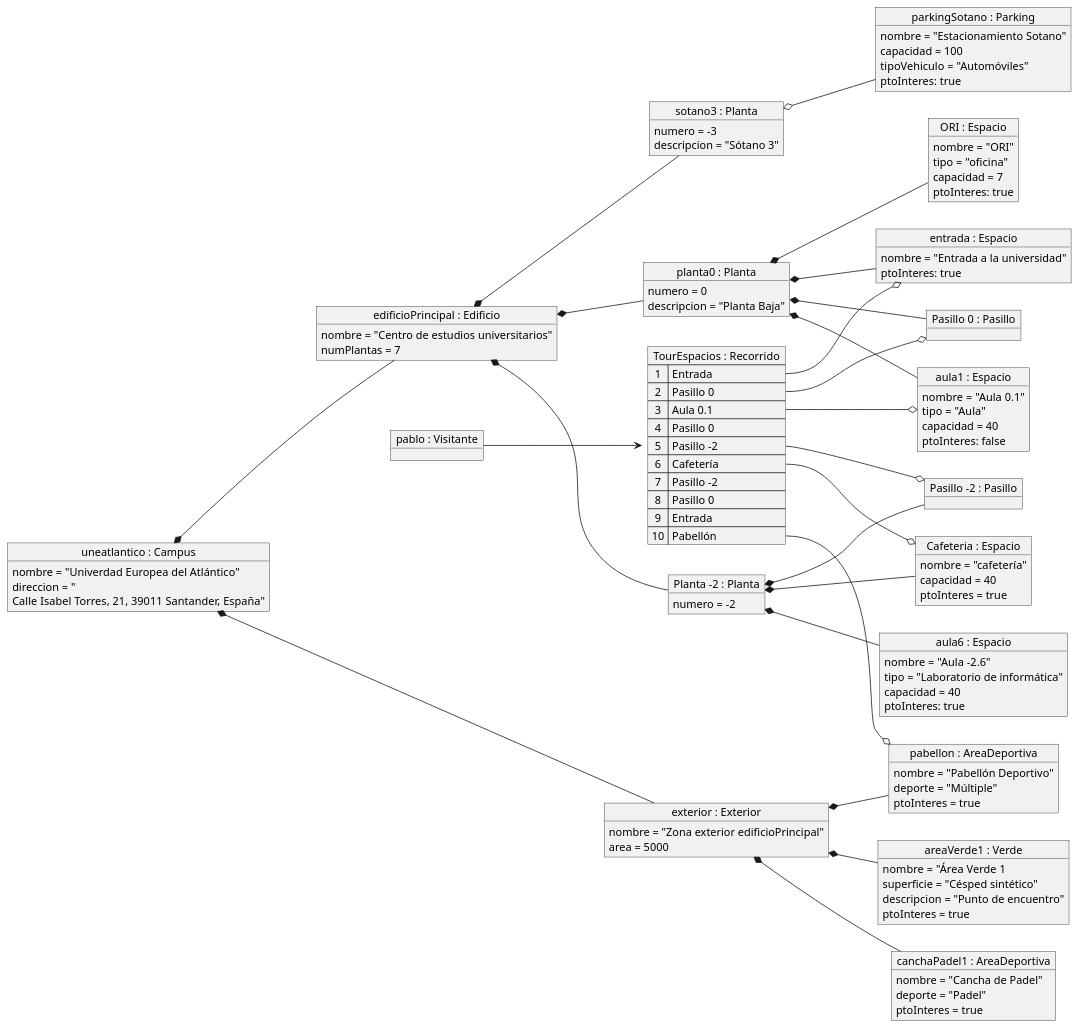
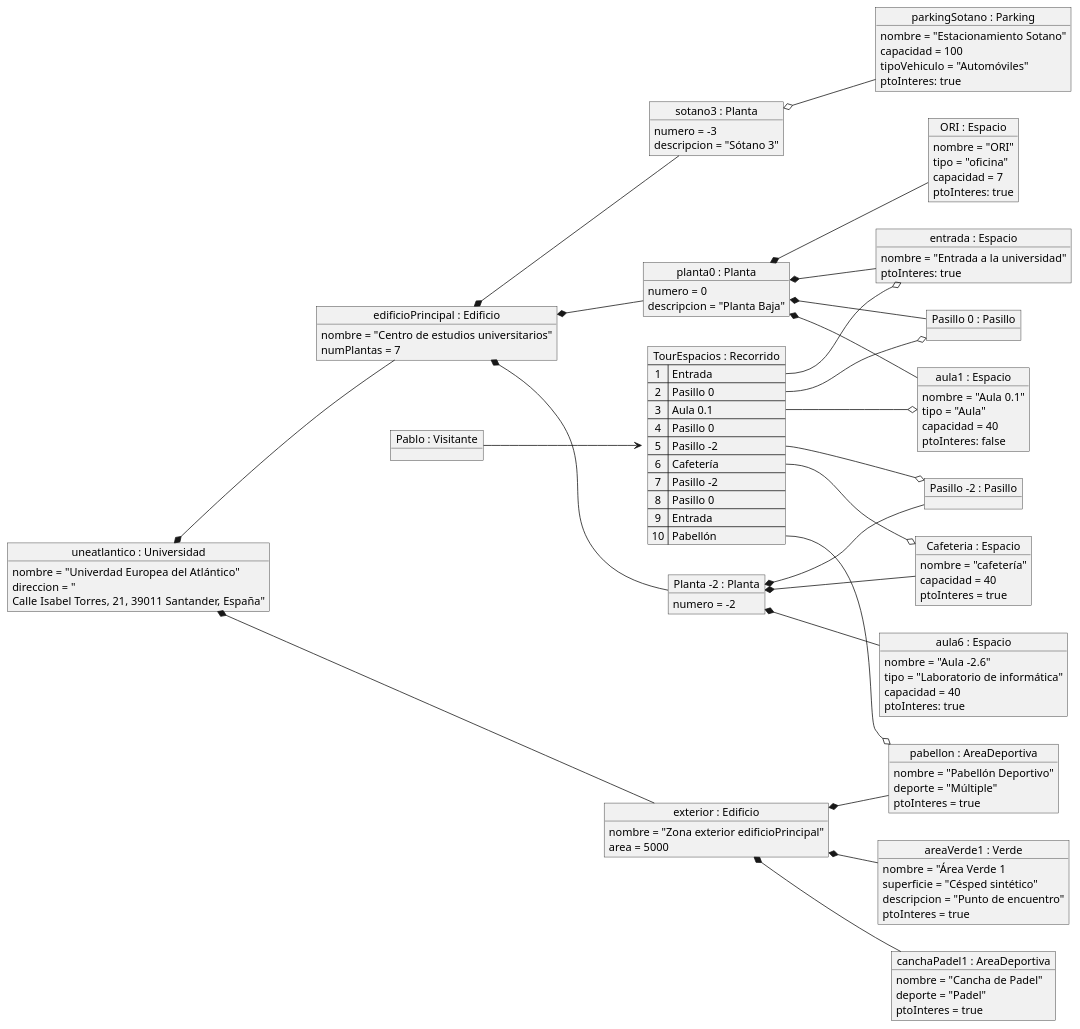
Before and after one commit to Camila-Lesly/25-26-idsw1-sdr: the diagram in documentos/00-modeloDeDominio/DiagramaDeObjetos/diagramaDeObjetos.puml, drawn with PlantUML. The commit also changed 2 other files, not shown here.

Commit message:
fix(docs): refactor object diagram

```diff
--- a/documentos/00-modeloDeDominio/DiagramaDeObjetos/diagramaDeObjetos.puml
+++ b/documentos/00-modeloDeDominio/DiagramaDeObjetos/diagramaDeObjetos.puml
@@ -1,141 +1,141 @@
 @startuml
 left to right direction
 
-object "uneatlantico : Campus" as uneatlantico {
+object "uneatlantico : Universidad" as uneatlantico {
     nombre = "Univerdad Europea del Atlántico"
     direccion = "
     Calle Isabel Torres, 21, 39011 Santander, España"
 }
 
 object "edificioPrincipal : Edificio" as edificioPrincipal {
     nombre = "Centro de estudios universitarios"
     numPlantas = 7
 }
 
 object "sotano3 : Planta" as sotano3 {
     numero = -3
     descripcion = "Sótano 3"
 }
 
 object "planta0 : Planta" as planta0 {
     numero = 0
     descripcion = "Planta Baja"
 }
 
 object "aula1 : Espacio" as aula1 {
     nombre = "Aula 0.1"
     tipo = "Aula"
     capacidad = 40
     ptoInteres: false
 }
 
 object "entrada : Espacio" as entrada{
     nombre = "Entrada a la universidad"
     ptoInteres: true
 }
 
 object "ORI : Espacio" as ORI {
     nombre = "ORI"
     tipo = "oficina"
     capacidad = 7
     ptoInteres: true
 }
 
 object "Planta -2 : Planta" as planta_2{
     numero = -2
 }
 object "Pasillo -2 : Pasillo" as pasillo_2
 object "Pasillo 0 : Pasillo" as pasillo0
 
 object "Cafeteria : Espacio" as cafeteria{
     nombre = "cafetería"
     capacidad = 40
     ptoInteres = true
 }
 object "aula6 : Espacio" as aula6{
     nombre = "Aula -2.6"
     tipo = "Laboratorio de informática"
     capacidad = 40
     ptoInteres: true
 }
 
 
 object "parkingSotano : Parking" as parkingSotano {
     nombre = "Estacionamiento Sotano"
     capacidad = 100
     tipoVehiculo = "Automóviles"
     ptoInteres: true
 }
 
-object "exterior : Exterior" as exterior {
+object "exterior : Edificio" as exterior {
     nombre = "Zona exterior edificioPrincipal"
     area = 5000
 }
 
 object "areaVerde1 : Verde" as areaVerde1 {
     nombre = "Área Verde 1
     superficie = "Césped sintético"
     descripcion = "Punto de encuentro"
     ptoInteres = true
 }
 
 object "canchaPadel1 : AreaDeportiva" as canchaPadel1 {
     nombre = "Cancha de Padel"
     deporte = "Padel"
     ptoInteres = true
 }
 
 object "pabellon : AreaDeportiva" as pabellon {
     nombre = "Pabellón Deportivo"
     deporte = "Múltiple"
     ptoInteres = true
 }
-object "pablo : Visitante" as visitante{
+object "Pablo : Visitante" as visitante{
   
 }
 map "TourEspacios : Recorrido" as recorrido {
  1 => Entrada
  2 => Pasillo 0
  3 => Aula 0.1
  4 => Pasillo 0
  5 => Pasillo -2
  6 => Cafetería
  7 => Pasillo -2
  8 => Pasillo 0
  9 => Entrada
  10 => Pabellón
 }
 
 
 uneatlantico *-- edificioPrincipal
 uneatlantico *-- exterior
 
 edificioPrincipal *-- sotano3
 edificioPrincipal *-- planta0
 edificioPrincipal *-- planta_2
 
 planta0 *-- aula1
 planta0 *-- ORI
 planta0 *-- entrada
 planta0 *-- pasillo0
 sotano3 o-- parkingSotano
 
 
 planta_2 *-- cafeteria
 planta_2 *-- aula6
 planta_2 *-- pasillo_2
 
 
 exterior *-- areaVerde1
 exterior *-- canchaPadel1
 exterior *-- pabellon
 
 visitante --> recorrido
 recorrido::1 --o entrada
 recorrido::2 --o pasillo0
 recorrido::3 --o aula1
 recorrido::5 --o pasillo_2
 recorrido::6 --o cafeteria
 recorrido::10 --o pabellon
 
 @enduml
```
